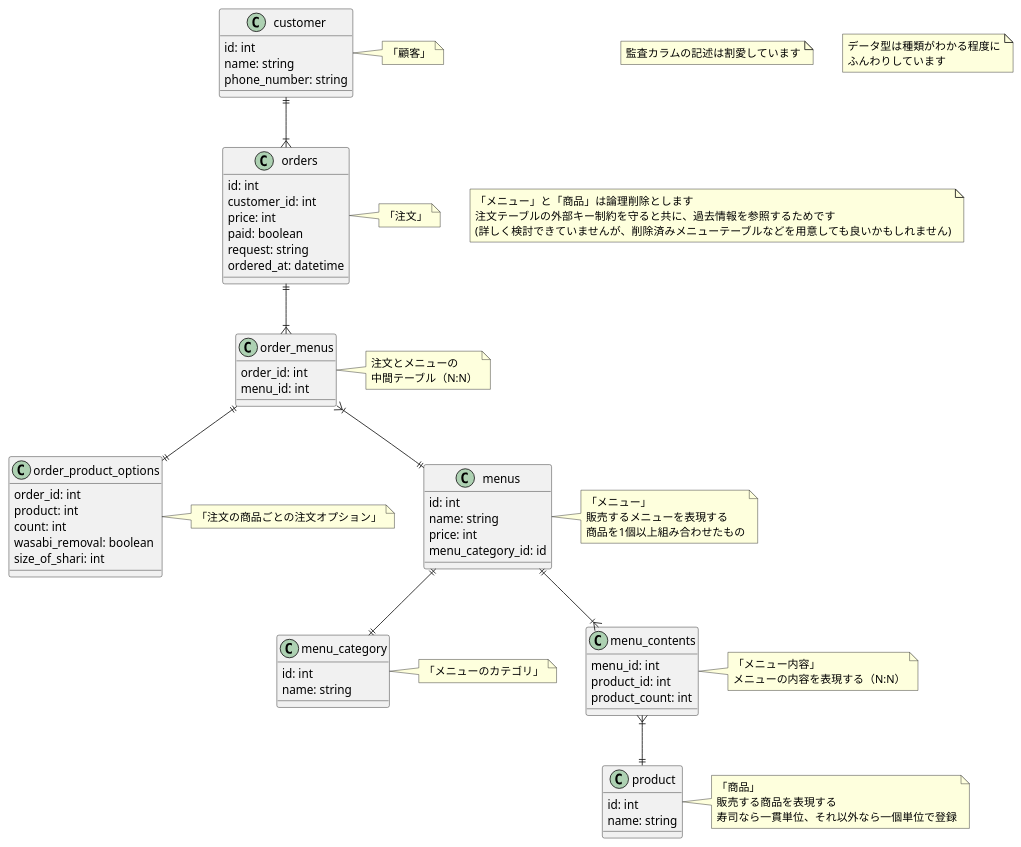
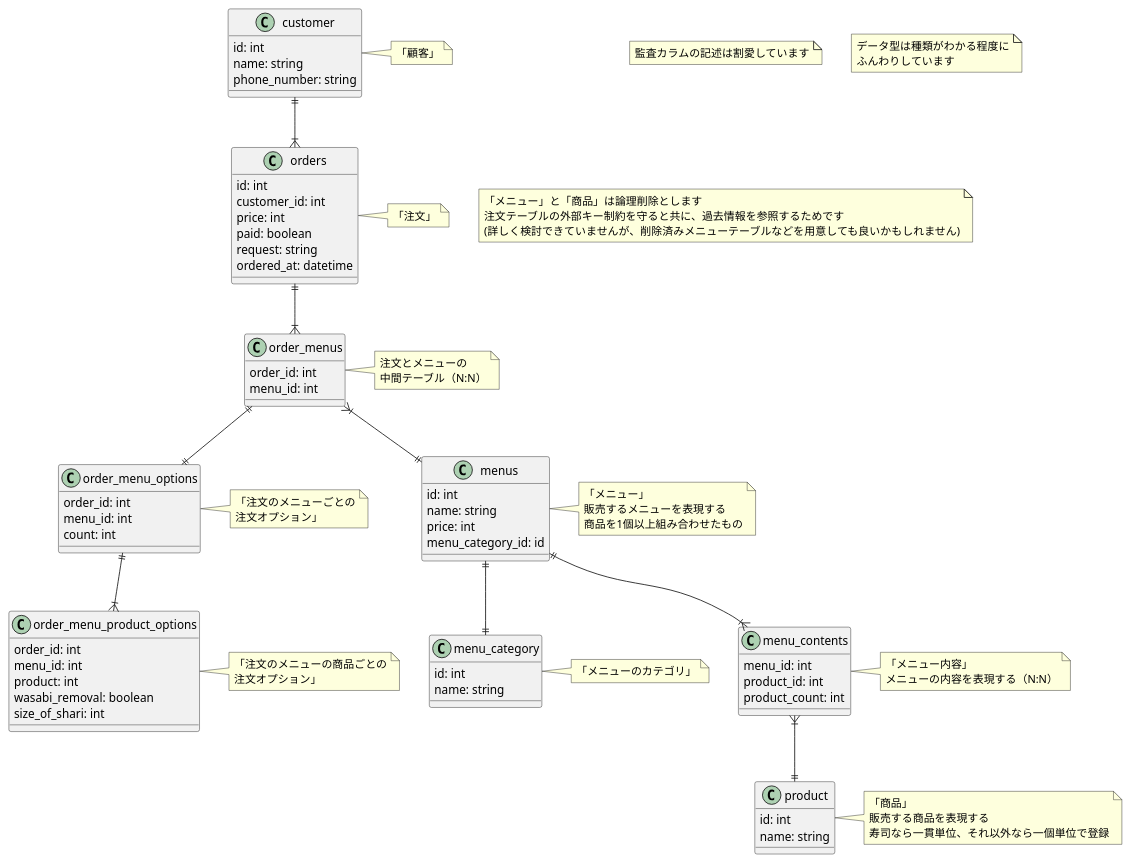
One commit to HitoroOhria/praha-challenge changed the diagram in db/db-modeling-1/sushi_order_of_task3.puml. Above: the diagram before and after it, drawn with PlantUML.

Commit message:
注文オプションをセットメニューの寿司個別に設定する場合の構成を修正

```diff
--- a/db/db-modeling-1/sushi_order_of_task3.puml
+++ b/db/db-modeling-1/sushi_order_of_task3.puml
@@ -1,75 +1,83 @@
 @startuml
 'https://plantuml.com/class-diagram
 
 note "監査カラムの記述は割愛しています" as n1
 note "データ型は種類がわかる程度に\nふんわりしています" as n2
 note "「メニュー」と「商品」は論理削除とします\n注文テーブルの外部キー制約を守ると共に、過去情報を参照するためです\n(詳しく検討できていませんが、削除済みメニューテーブルなどを用意しても良いかもしれません)" as n3
 
 class customer {
   id: int
   name: string
   phone_number: string
 }
 note right: 「顧客」
 
 class orders {
   id: int
   customer_id: int
   price: int
   paid: boolean
   request: string
   ordered_at: datetime
 }
 note right: 「注文」
 
 class order_menus {
   order_id: int
   menu_id: int
 }
 note right: 注文とメニューの\n中間テーブル（N:N）
 
-class order_product_options {
+class order_menu_options {
   order_id: int
+  menu_id: int
+  count: int
+}
+note right: 「注文のメニューごとの\n注文オプション」
+
+class order_menu_product_options {
+  order_id: int
+  menu_id: int
   product: int
-  count: int
   wasabi_removal: boolean
   size_of_shari: int
 }
-note right: 「注文の商品ごとの注文オプション」
+note right: 「注文のメニューの商品ごとの\n注文オプション」
 
 class menus {
   id: int
   name: string
   price: int
   menu_category_id: id
 }
 note right: 「メニュー」\n販売するメニューを表現する\n商品を1個以上組み合わせたもの
 
 class menu_category {
   id: int
   name: string
 }
 note right: 「メニューのカテゴリ」
 
 class menu_contents {
   menu_id: int
   product_id: int
   product_count: int
 }
 note right: 「メニュー内容」\nメニューの内容を表現する（N:N）
 
 class product {
   id: int
   name: string
 }
 note right: 「商品」\n販売する商品を表現する\n寿司なら一貫単位、それ以外なら一個単位で登録
 
 customer ||--|{ orders
 orders ||--|{ order_menus
-order_menus ||--|| order_product_options
+order_menus ||--|| order_menu_options
+order_menu_options ||--|{ order_menu_product_options
 order_menus }|--|| menus
 menus ||--|{ menu_contents
 menus ||--|| menu_category
 menu_contents }|--|| product
 
 @enduml
```
